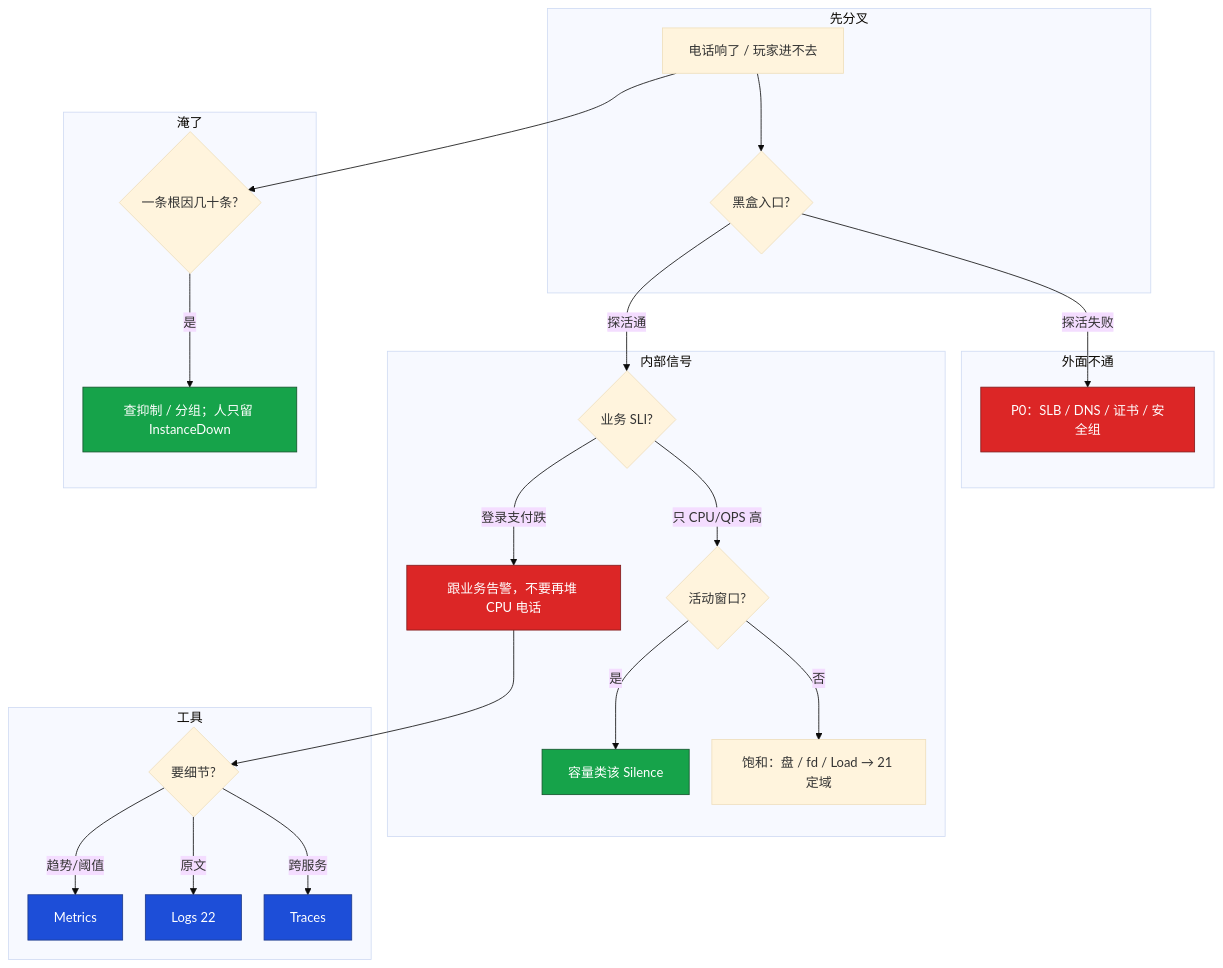
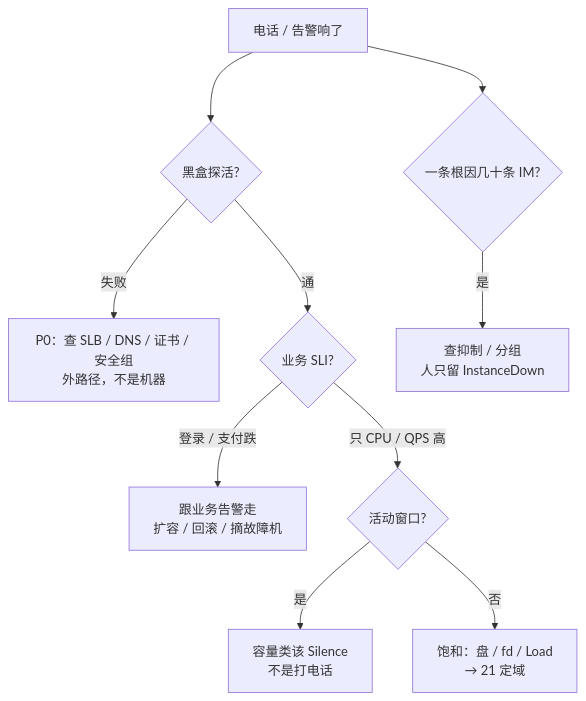
The fourth of 4 diagrams in 01-基础底座/22-监控与告警/知识点.md (ml-cuizijun/LearnToLilith), drawn with Mermaid before and after one commit. The commit also changed other lines of this file and 470 other files, not shown here.

````diff
--- a/01-基础底座/22-监控与告警/知识点.md
+++ b/01-基础底座/22-监控与告警/知识点.md
@@ -829,38 +392,12 @@
 ```mermaid
-%%{init: {"flowchart": {"padding": 16, "nodeSpacing": 28, "rankSpacing": 48}, "theme": "base"}}%%
 flowchart TB
-    subgraph gate ["先分叉"]
-        A[电话响了 / 玩家进不去] --> B{黑盒入口?}
-    end
-
-    subgraph ext ["外面不通"]
-        B -->|探活失败| C[P0：SLB / DNS / 证书 / 安全组]
-    end
-
-    subgraph inn ["内部信号"]
-        B -->|探活通| D{业务 SLI?}
-        D -->|登录支付跌| E[跟业务告警，不要再堆 CPU 电话]
-        D -->|只 CPU/QPS 高| F{活动窗口?}
-        F -->|是| G[容量类该 Silence]
-        F -->|否| H[饱和：盘 / fd / Load → 21 定域]
-    end
-
-    subgraph noise ["淹了"]
-        A --> I{一条根因几十条?}
-        I -->|是| J[查抑制 / 分组；人只留 InstanceDown]
-    end
-
-    subgraph pillar ["工具"]
-        E --> K{要细节?}
-        K -->|趋势/阈值| M[Metrics]
-        K -->|原文| L[Logs 22]
-        K -->|跨服务| T[Traces]
-    end
-
-    classDef bad fill:#DC2626,stroke:#7F1D1D,color:#fff
-    classDef ok fill:#16A34A,stroke:#14532D,color:#fff
-    classDef mid fill:#1D4ED8,stroke:#1E3A8A,color:#fff
-    class C,E bad
-    class G,J ok
-    class M,L,T mid
+    A["电话 / 告警响了"] --> B{"黑盒探活?"}
+    B -->|"失败"| C["P0：查 SLB / DNS / 证书 / 安全组<br/>外路径，不是机器"]
+    B -->|"通"| D{"业务 SLI?"}
+    D -->|"登录 / 支付跌"| E["跟业务告警走<br/>扩容 / 回滚 / 摘故障机"]
+    D -->|"只 CPU / QPS 高"| F{"活动窗口?"}
+    F -->|"是"| G["容量类该 Silence<br/>不是打电话"]
+    F -->|"否"| H["饱和：盘 / fd / Load<br/>→ 21 定域"]
+    A --> I{"一条根因几十条 IM?"}
+    I -->|"是"| J["查抑制 / 分组<br/>人只留 InstanceDown"]
 ```
````
